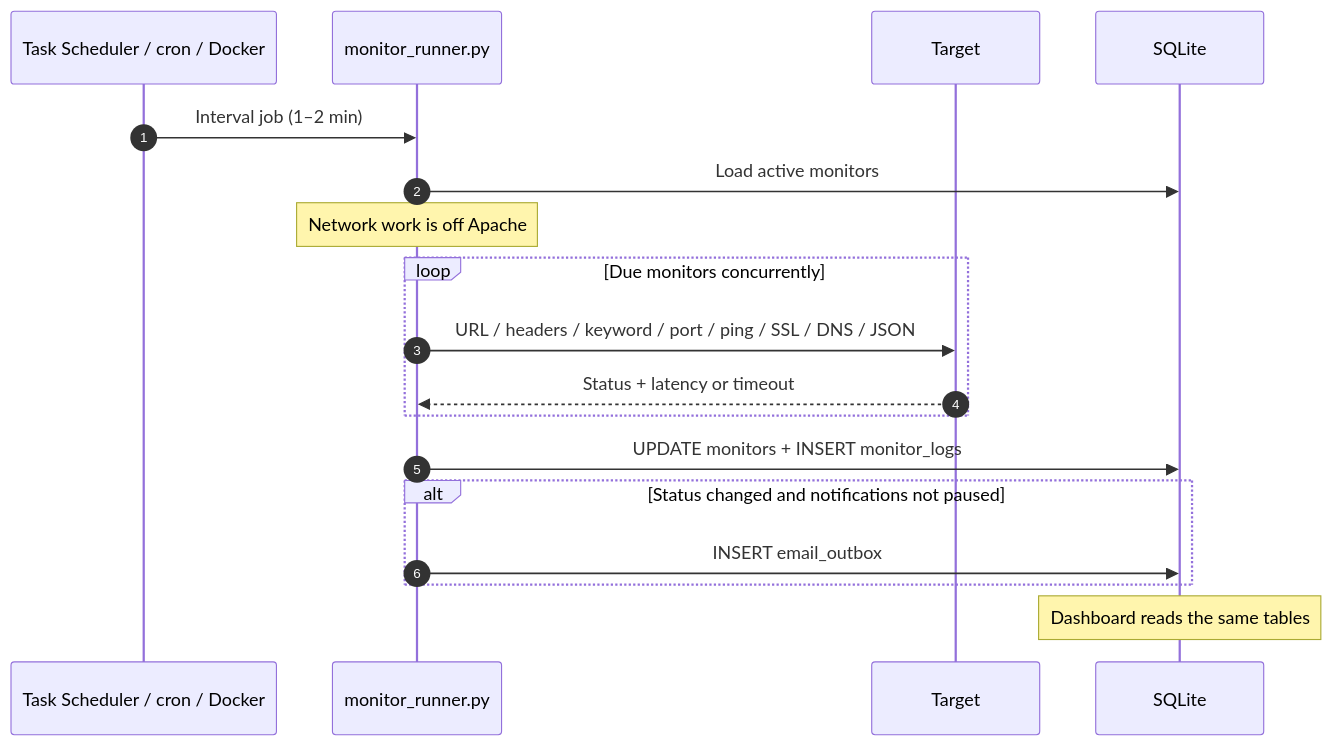
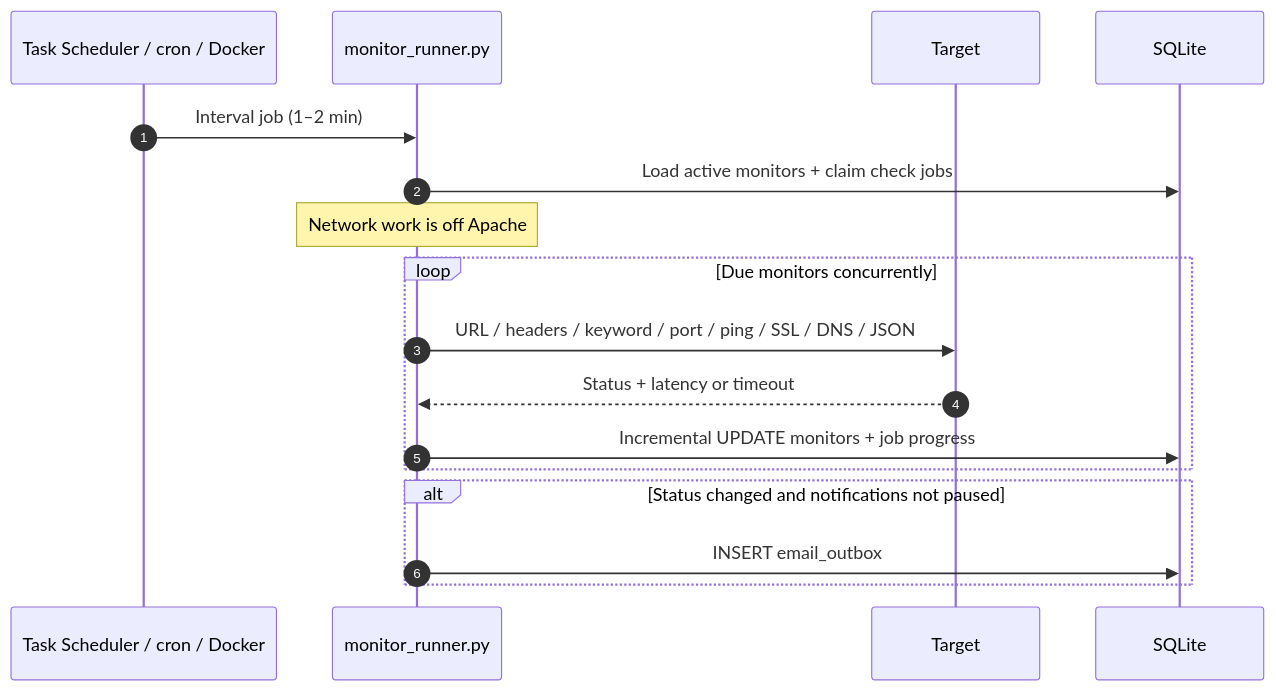
One commit to zafrullakhan001/linknest changed the second of 3 diagrams in docs/PYTHON_WORKERS.md. Above: the diagram before and after it, drawn with Mermaid. The commit also changed other lines of this file and 12 other files, not shown here.

First line of the commit message:
feat: Introduce monitor check jobs and enhance worker scheduling

````diff
--- a/docs/PYTHON_WORKERS.md
+++ b/docs/PYTHON_WORKERS.md
@@ -66,21 +71,20 @@
 ```mermaid
 sequenceDiagram
   autonumber
   participant Sched as Task Scheduler / cron / Docker
   participant MR as monitor_runner.py
   participant T as Target
   participant DB as SQLite
 
   Sched->>MR: Interval job (1–2 min)
-  MR->>DB: Load active monitors
+  MR->>DB: Load active monitors + claim check jobs
   Note over MR: Network work is off Apache
   loop Due monitors concurrently
     MR->>T: URL / headers / keyword / port / ping / SSL / DNS / JSON
     T-->>MR: Status + latency or timeout
+    MR->>DB: Incremental UPDATE monitors + job progress
   end
-  MR->>DB: UPDATE monitors + INSERT monitor_logs
   alt Status changed and notifications not paused
     MR->>DB: INSERT email_outbox
   end
-  Note over DB: Dashboard reads the same tables
 ```
````
